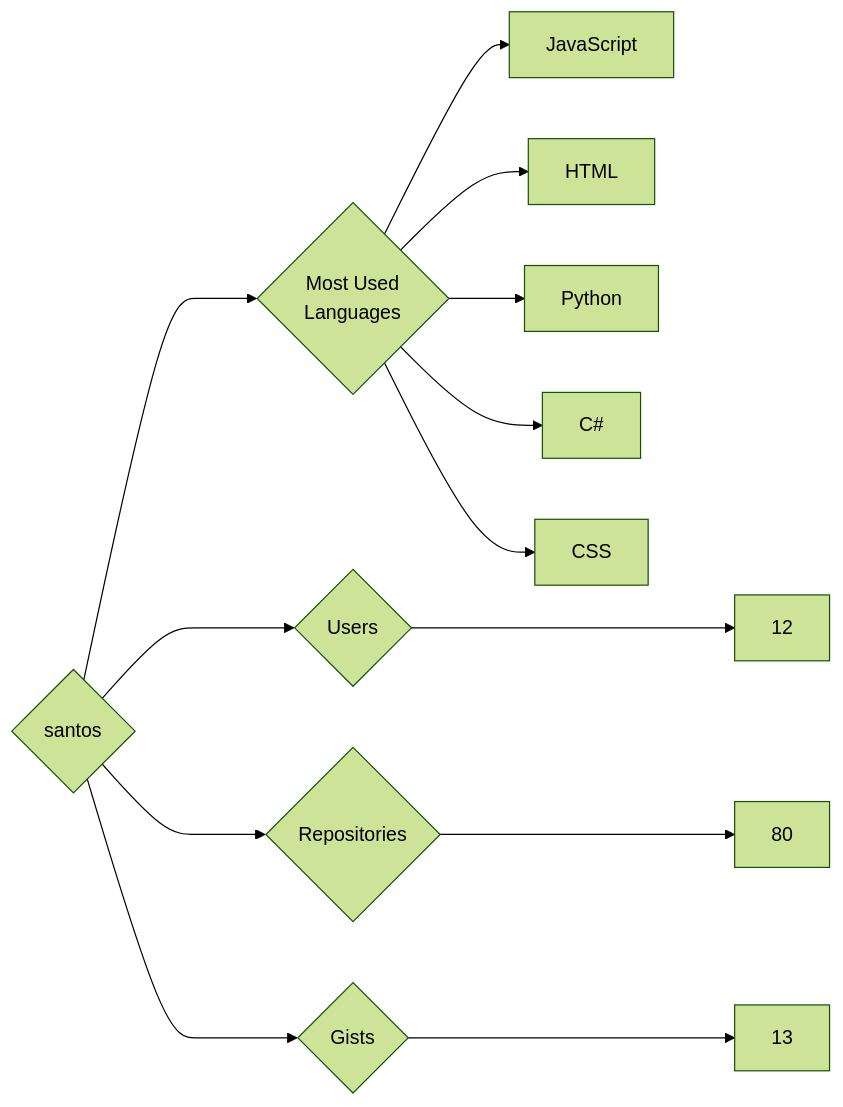
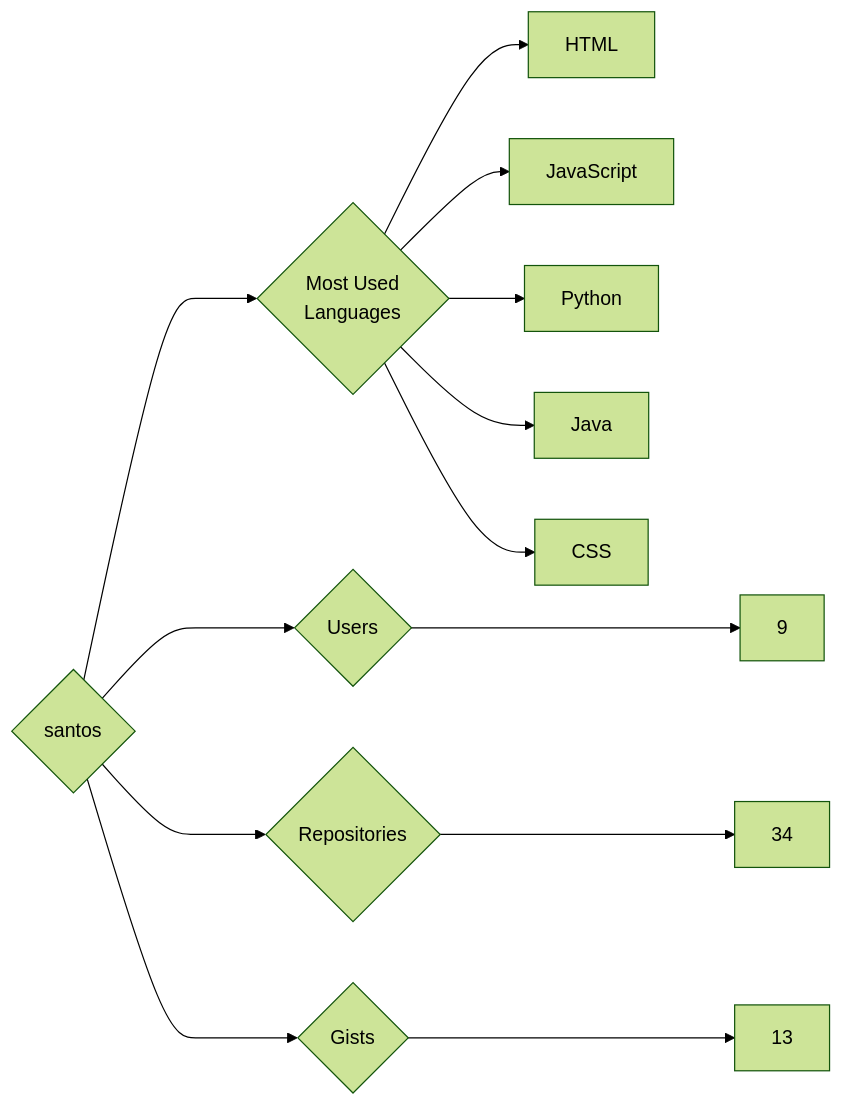
Before and after one commit to trickest/insiders: the diagram in targets/santos/README.md, drawn with Mermaid (forest theme). The commit also changed 1484 other files, not shown here.

````diff
--- a/targets/santos/README.md
+++ b/targets/santos/README.md
@@ -3,13 +3,13 @@
 ```mermaid
 graph LR
 COMPANY_NAME{santos}
-COMPANY_NAME ---> U{Users} ---> UN[12]
-COMPANY_NAME ---> R{Repositories} ---> RN[80]
+COMPANY_NAME ---> U{Users} ---> UN[9]
+COMPANY_NAME ---> R{Repositories} ---> RN[34]
 COMPANY_NAME ---> G{Gists} ---> GN[13]
 COMPANY_NAME ---> ML{Most Used<br>Languages}
+ML --> HTML[HTML]
 ML --> JavaScript[JavaScript]
-ML --> HTML[HTML]
 ML --> Python[Python]
-ML --> C#[C#]
+ML --> Java[Java]
 ML --> CSS[CSS]
 ```
````
